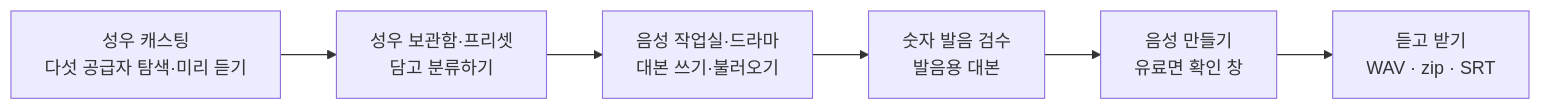
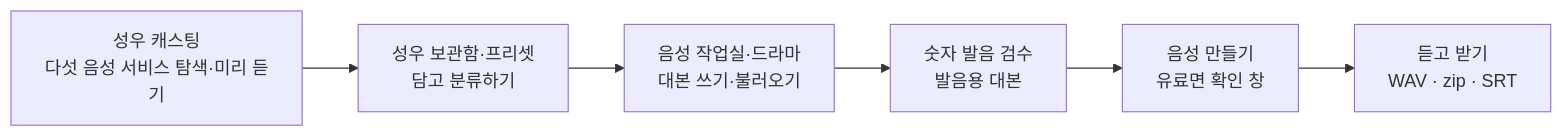
One commit to roadkwonai/omni-ai-tts changed the diagram in README.md. Above: the diagram before and after it, drawn with Mermaid. The commit also changed other lines of this file and 32 other files, not shown here.

````diff
--- a/README.md
+++ b/README.md
@@ -123,8 +140,8 @@
 ```mermaid
 flowchart LR
-  A[성우 캐스팅<br/>다섯 공급자 탐색·미리 듣기] --> B[성우 보관함·프리셋<br/>담고 분류하기]
+  A[성우 캐스팅<br/>다섯 음성 서비스 탐색·미리 듣기] --> B[성우 보관함·프리셋<br/>담고 분류하기]
   B --> C[음성 작업실·드라마<br/>대본 쓰기·불러오기]
   C --> D[숫자 발음 검수<br/>발음용 대본]
   D --> E[음성 만들기<br/>유료면 확인 창]
   E --> F[듣고 받기<br/>WAV · zip · SRT]
 ```
````
